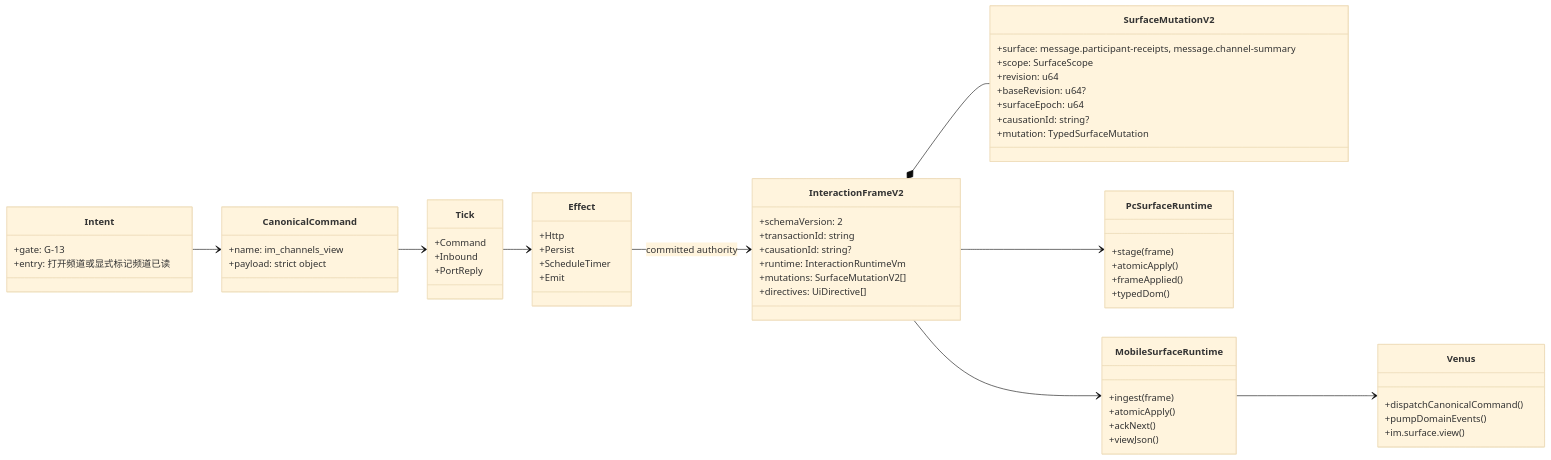
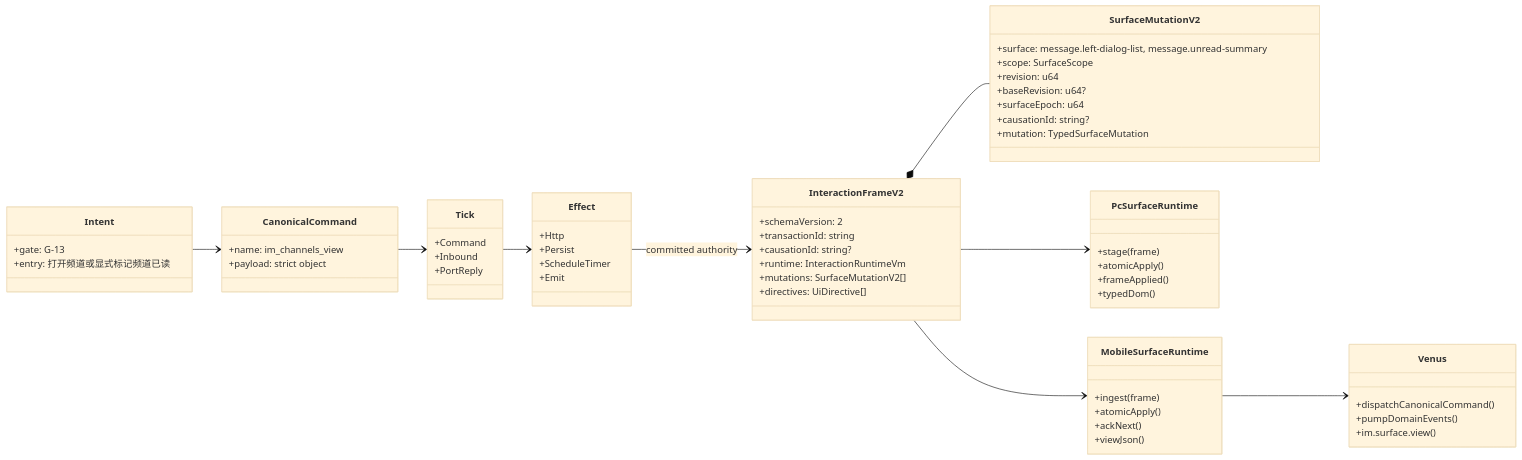
One commit to zxs1633079383/helix changed the diagram in docs/interaction-frame-v2-全量替换-按UC/G13/08-G13全领域字段级类图.mmd. Above: the diagram before and after it, drawn with Mermaid (base theme). The commit also changed 44 other files, not shown here.

```diff
--- a/docs/interaction-frame-v2-全量替换-按UC/G13/08-G13全领域字段级类图.mmd
+++ b/docs/interaction-frame-v2-全量替换-按UC/G13/08-G13全领域字段级类图.mmd
@@ -1,65 +1,65 @@
 classDiagram
 direction LR
 
 class Intent {
   +gate: G-13
   +entry: 打开频道或显式标记频道已读
 }
 class CanonicalCommand {
   +name: im_channels_view
   +payload: strict object
 }
 class Tick {
   +Command
   +Inbound
   +PortReply
 }
 class Effect {
   +Http
   +Persist
   +ScheduleTimer
   +Emit
 }
 class InteractionFrameV2 {
   +schemaVersion: 2
   +transactionId: string
   +causationId: string?
   +runtime: InteractionRuntimeVm
   +mutations: SurfaceMutationV2[]
   +directives: UiDirective[]
 }
 class SurfaceMutationV2 {
-  +surface: message.participant-receipts, message.channel-summary
+  +surface: message.left-dialog-list, message.unread-summary
   +scope: SurfaceScope
   +revision: u64
   +baseRevision: u64?
   +surfaceEpoch: u64
   +causationId: string?
   +mutation: TypedSurfaceMutation
 }
 class PcSurfaceRuntime {
   +stage(frame)
   +atomicApply()
   +frameApplied()
   +typedDom()
 }
 class MobileSurfaceRuntime {
   +ingest(frame)
   +atomicApply()
   +ackNext()
   +viewJson()
 }
 class Venus {
   +dispatchCanonicalCommand()
   +pumpDomainEvents()
   +im.surface.view()
 }
 
 Intent --> CanonicalCommand
 CanonicalCommand --> Tick
 Tick --> Effect
 Effect --> InteractionFrameV2 : committed authority
 InteractionFrameV2 *-- SurfaceMutationV2
 InteractionFrameV2 --> PcSurfaceRuntime
 InteractionFrameV2 --> MobileSurfaceRuntime
 MobileSurfaceRuntime --> Venus
```
